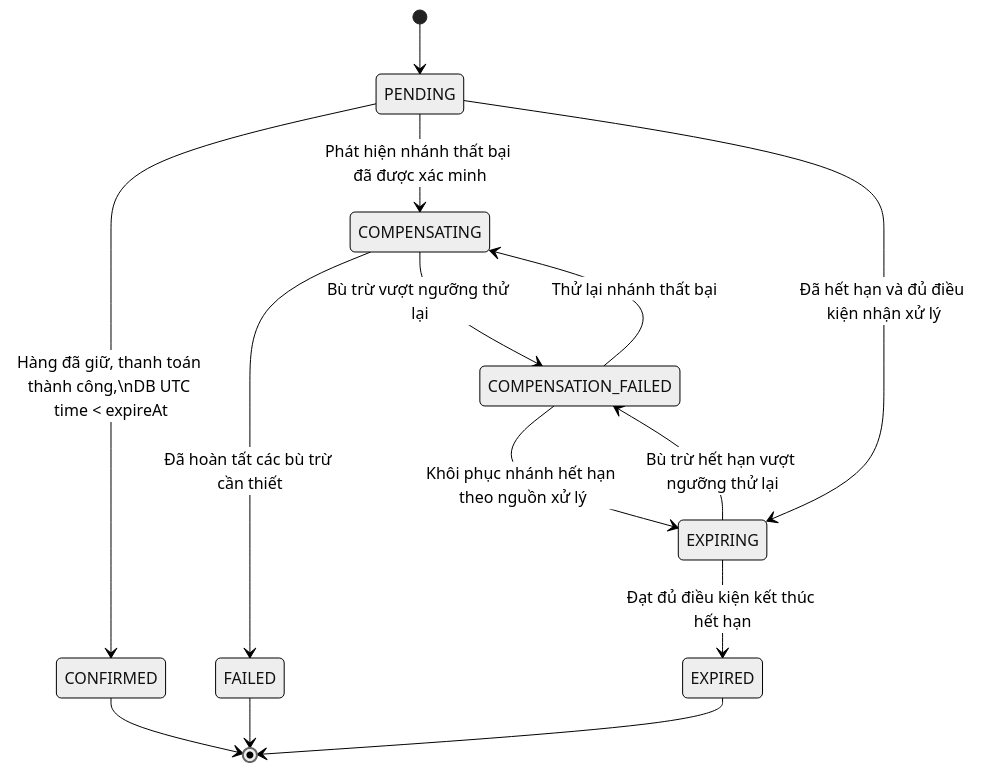
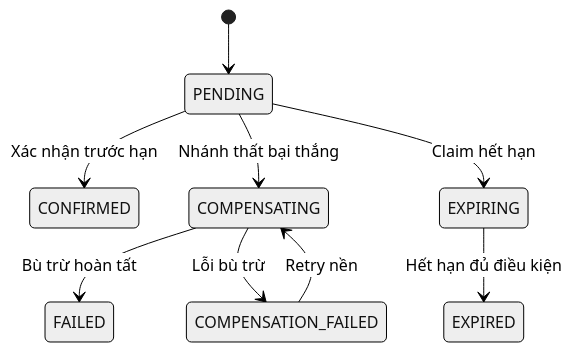
One commit to nguyenthihuyenlinh236/SE2026-T02-Resilient-Order-Workflow changed the first of 3 diagrams in docs/architecture/09-state-machine.md. Above: the diagram before and after it, drawn with Mermaid (neutral theme). The commit also changed other lines of this file, not shown here.

````diff
--- a/docs/architecture/09-state-machine.md
+++ b/docs/architecture/09-state-machine.md
@@ -34,21 +77,11 @@
 ```mermaid
 stateDiagram-v2
     [*] --> PENDING
-
-    PENDING --> CONFIRMED: Hàng đã giữ, thanh toán thành công,\nDB UTC time < expireAt
-    PENDING --> COMPENSATING: Phát hiện nhánh thất bại đã được xác minh
-    PENDING --> EXPIRING: Đã hết hạn và đủ điều kiện nhận xử lý
-
-    COMPENSATING --> FAILED: Đã hoàn tất các bù trừ cần thiết
-    COMPENSATING --> COMPENSATION_FAILED: Bù trừ vượt ngưỡng thử lại
-
-    COMPENSATION_FAILED --> COMPENSATING: Thử lại nhánh thất bại
-    COMPENSATION_FAILED --> EXPIRING: Khôi phục nhánh hết hạn theo nguồn xử lý
-
-    EXPIRING --> EXPIRED: Đạt đủ điều kiện kết thúc hết hạn
-    EXPIRING --> COMPENSATION_FAILED: Bù trừ hết hạn vượt ngưỡng thử lại
-
-    CONFIRMED --> [*]
-    FAILED --> [*]
-    EXPIRED --> [*]
+    PENDING --> CONFIRMED: Xác nhận trước hạn
+    PENDING --> COMPENSATING: Nhánh thất bại thắng
+    PENDING --> EXPIRING: Claim hết hạn
+    COMPENSATING --> FAILED: Bù trừ hoàn tất
+    COMPENSATING --> COMPENSATION_FAILED: Lỗi bù trừ
+    COMPENSATION_FAILED --> COMPENSATING: Retry nền
+    EXPIRING --> EXPIRED: Hết hạn đủ điều kiện
 ```
````
